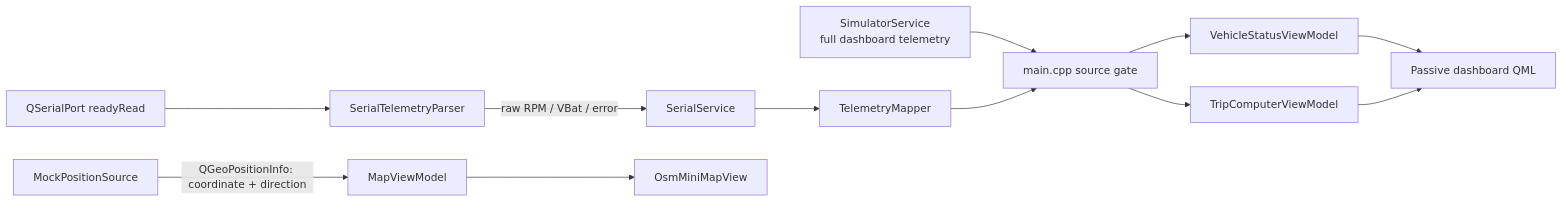
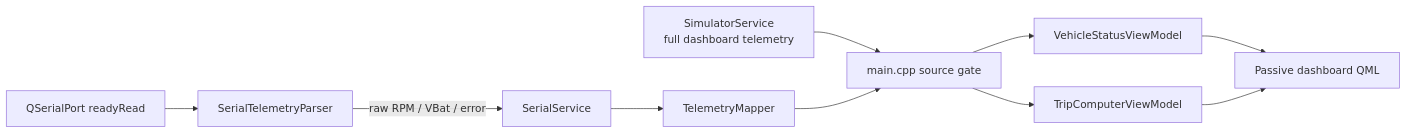
Before and after one commit to BUITANHUNG0411/CyberDash-STM32: the diagram in docs/architecture.md, drawn with Mermaid. The commit also changed other lines of this file and 26 other files, not shown here.

````diff
--- a/docs/architecture.md
+++ b/docs/architecture.md
@@ -29,14 +28,12 @@
 ```mermaid
 flowchart LR
     Simulator[SimulatorService<br/>full dashboard telemetry] --> Main[main.cpp source gate]
     Port[QSerialPort readyRead] --> Parser[SerialTelemetryParser]
     Parser -->|raw RPM / VBat / error| Serial[SerialService]
     Serial --> Mapper[TelemetryMapper]
     Mapper --> Main
     Main --> Status[VehicleStatusViewModel]
     Main --> Trip[TripComputerViewModel]
-    Position[MockPositionSource] -->|QGeoPositionInfo: coordinate + direction| Map[MapViewModel]
     Status --> DashboardQML[Passive dashboard QML]
     Trip --> DashboardQML
-    Map --> MapQML[OsmMiniMapView]
 ```
````
